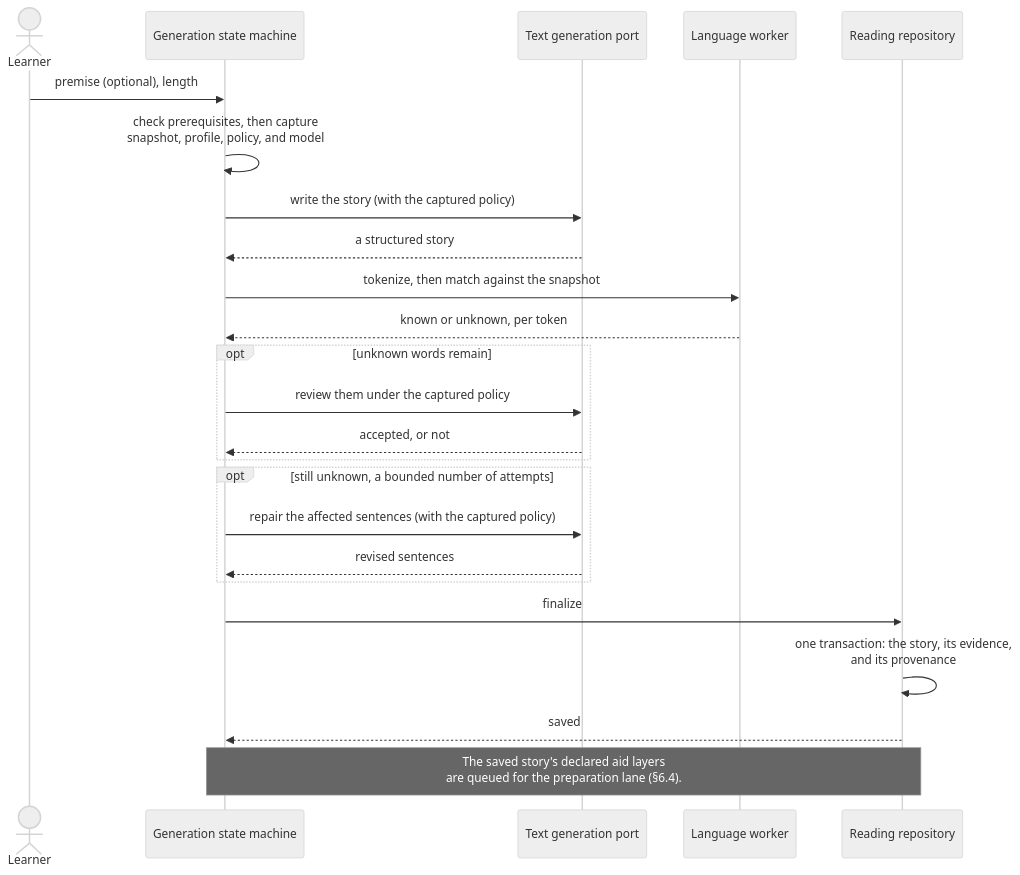
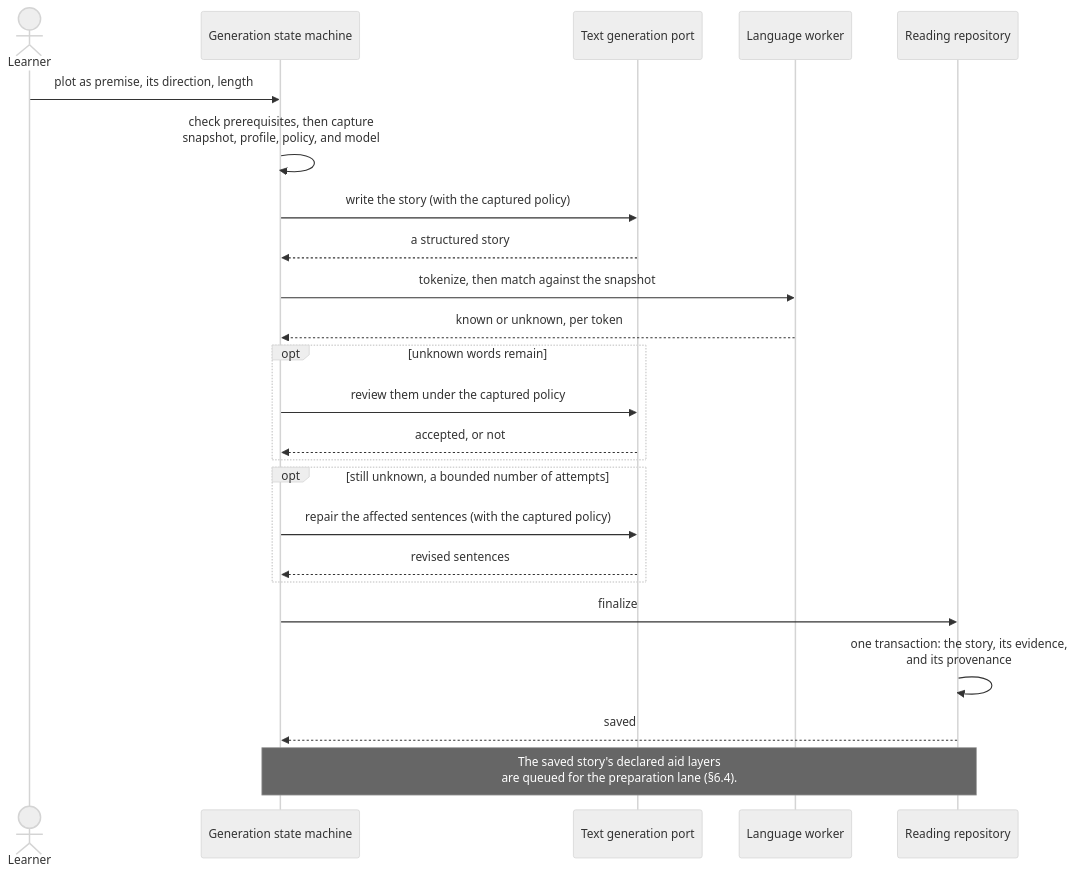
One commit to tobiaslrn/monosai changed the fourth of 8 diagrams in docs/arc42/06-runtime-view.md. Above: the diagram before and after it, drawn with Mermaid (neutral theme). The commit also changed other lines of this file and 63 other files, not shown here.

````diff
--- a/docs/arc42/06-runtime-view.md
+++ b/docs/arc42/06-runtime-view.md
@@ -87,27 +117,27 @@
 ```mermaid
 sequenceDiagram
     actor Learner
     participant Store as Generation state machine
     participant Provider as Text generation port
     participant Worker as Language worker
     participant Repo as Reading repository
 
-    Learner->>Store: premise (optional), length
+    Learner->>Store: plot as premise, its direction, length
     Store->>Store: check prerequisites, then capture<br/>snapshot, profile, policy, and model
     Store->>Provider: write the story (with the captured policy)
     Provider-->>Store: a structured story
     Store->>Worker: tokenize, then match against the snapshot
     Worker-->>Store: known or unknown, per token
     opt unknown words remain
         Store->>Provider: review them under the captured policy
         Provider-->>Store: accepted, or not
     end
     opt still unknown, a bounded number of attempts
         Store->>Provider: repair the affected sentences (with the captured policy)
         Provider-->>Store: revised sentences
     end
     Store->>Repo: finalize
     Repo->>Repo: one transaction: the story, its evidence,<br/>and its provenance
     Repo-->>Store: saved
     Note over Store,Repo: The saved story's declared aid layers<br/>are queued for the preparation lane (§6.4).
 ```
````
